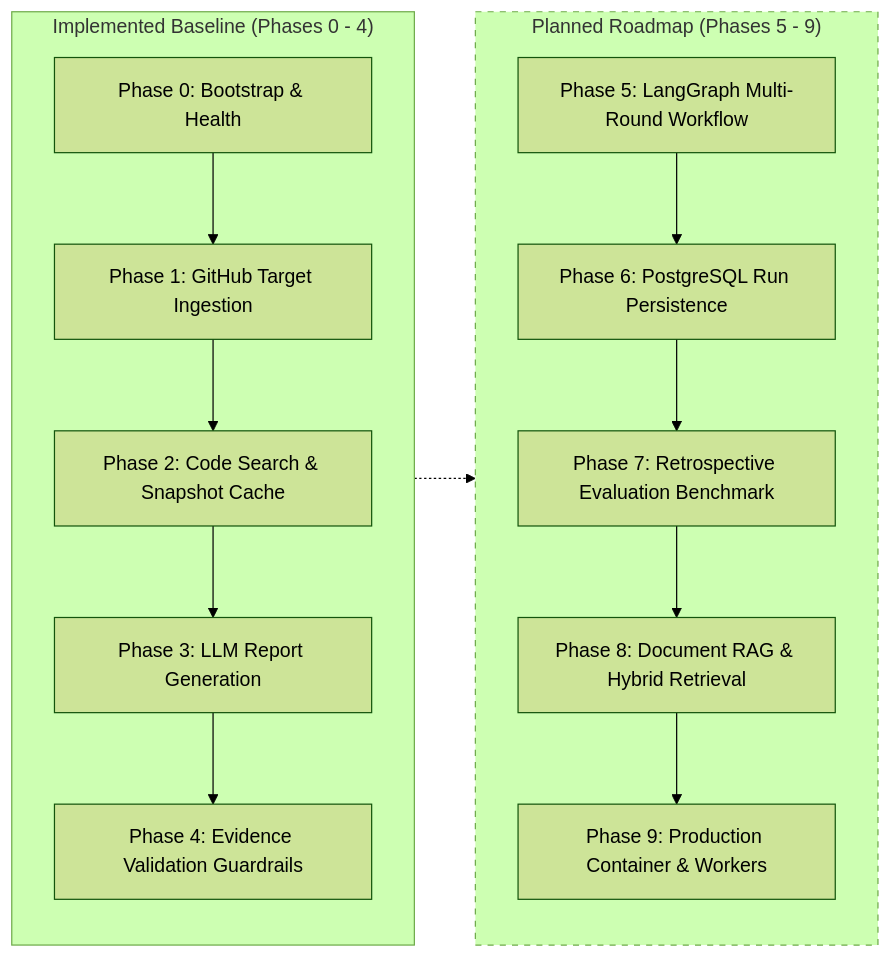
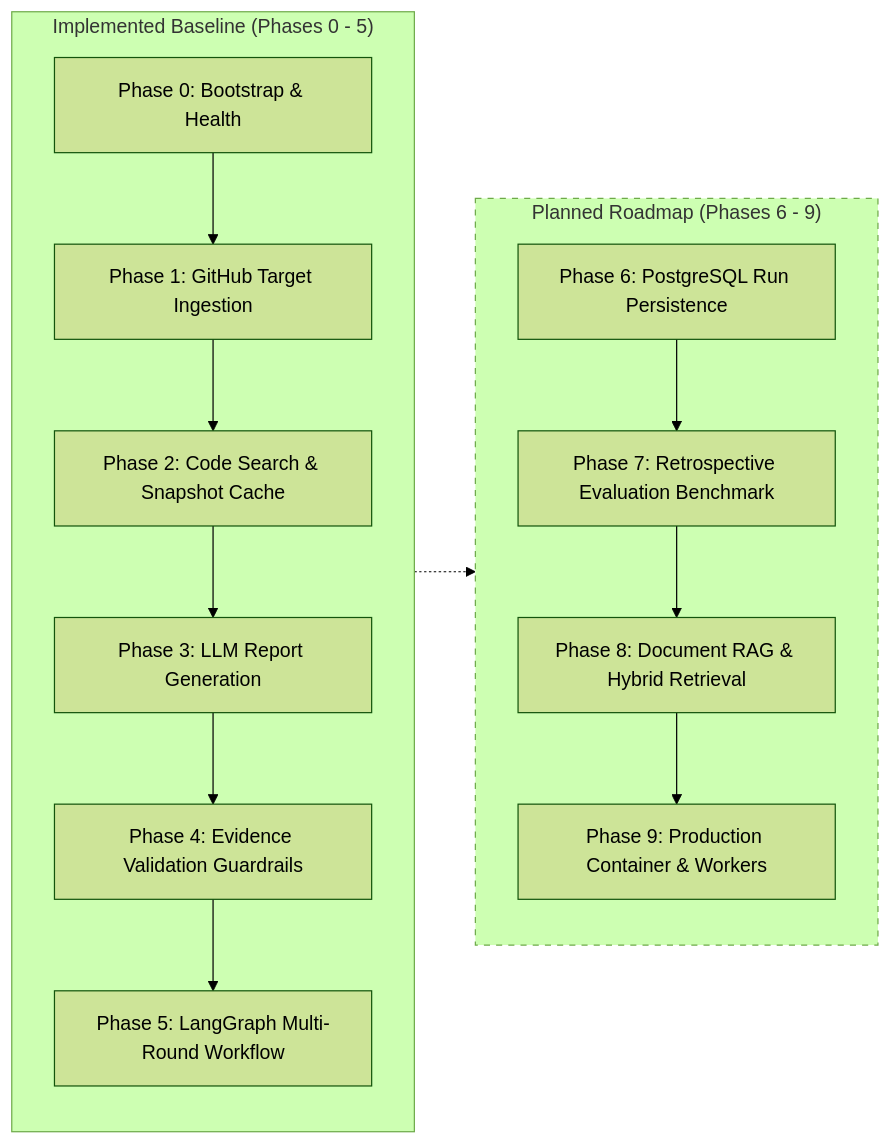
The second of 2 diagrams in docs/architecture/README.md (vishwaskotegar/Issuelens), drawn with Mermaid (forest theme) before and after one commit. The commit also changed other lines of this file and 15 other files, not shown here.

````diff
--- a/docs/architecture/README.md
+++ b/docs/architecture/README.md
@@ -79,26 +79,26 @@
 ```mermaid
 flowchart LR
-    subgraph Implemented["Implemented Baseline (Phases 0 - 4)"]
+    subgraph Implemented["Implemented Baseline (Phases 0 - 5)"]
         direction TB
         P0["Phase 0: Bootstrap & Health"]
         P1["Phase 1: GitHub Target Ingestion"]
         P2["Phase 2: Code Search & Snapshot Cache"]
         P3["Phase 3: LLM Report Generation"]
         P4["Phase 4: Evidence Validation Guardrails"]
-        P0 --> P1 --> P2 --> P3 --> P4
+        P5["Phase 5: LangGraph Multi-Round Workflow"]
+        P0 --> P1 --> P2 --> P3 --> P4 --> P5
     end
 
-    subgraph Planned["Planned Roadmap (Phases 5 - 9)"]
+    subgraph Planned["Planned Roadmap (Phases 6 - 9)"]
         direction TB
-        P5["Phase 5: LangGraph Multi-Round Workflow"]
         P6["Phase 6: PostgreSQL Run Persistence"]
         P7["Phase 7: Retrospective Evaluation Benchmark"]
         P8["Phase 8: Document RAG & Hybrid Retrieval"]
         P9["Phase 9: Production Container & Workers"]
-        P5 --> P6 --> P7 --> P8 --> P9
+        P6 --> P7 --> P8 --> P9
     end
 
-    P4 -.-> P5
+    P5 -.-> P6
 
     style Planned stroke-dasharray: 5 5
 ```
````
